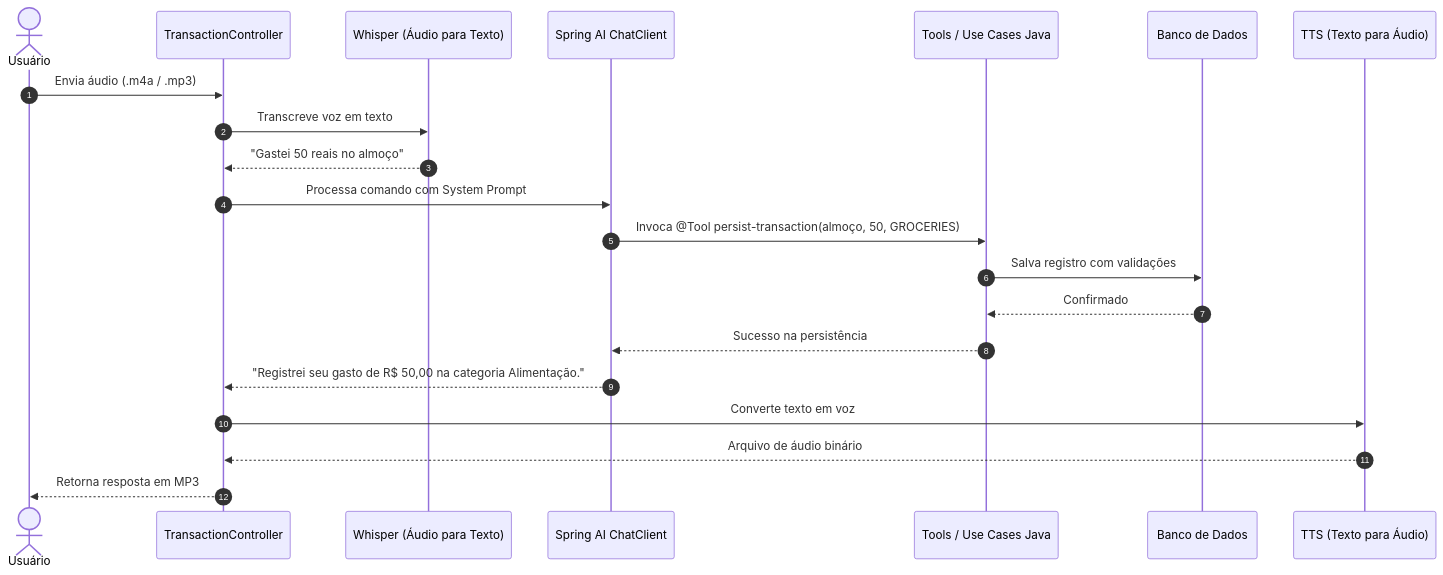
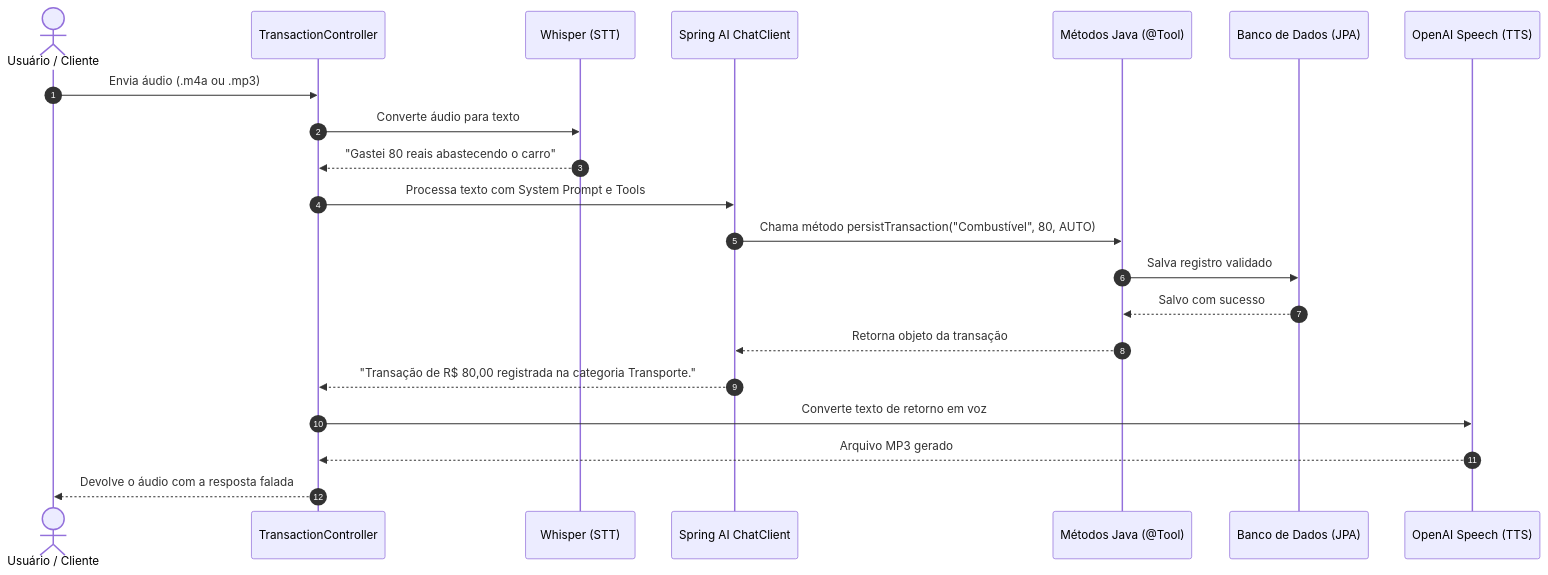
The diagram in README.md (kauancra08/projeto-spring-ai), drawn with Mermaid before and after one commit. The commit also changed other lines of this file, not shown here.

Commit message:
docs: humanize README and update project title to Projeto Spring AI

````diff
--- a/README.md
+++ b/README.md
@@ -28,24 +24,24 @@
 ```mermaid
 sequenceDiagram
     autonumber
-    actor Usuario as Usuário
+    actor Dev as Usuário / Cliente
     participant API as TransactionController
-    participant STT as Whisper (Áudio para Texto)
-    participant LLM as Spring AI ChatClient
-    participant Tool as Tools / Use Cases Java
-    participant DB as Banco de Dados
-    participant TTS as TTS (Texto para Áudio)
+    participant STT as Whisper (STT)
+    participant IA as Spring AI ChatClient
+    participant Tools as Métodos Java (@Tool)
+    participant DB as Banco de Dados (JPA)
+    participant TTS as OpenAI Speech (TTS)
 
-    Usuario->>API: Envia áudio (.m4a / .mp3)
-    API->>STT: Transcreve voz em texto
-    STT-->>API: "Gastei 50 reais no almoço"
-    API->>LLM: Processa comando com System Prompt
-    LLM->>Tool: Invoca @Tool persist-transaction(almoço, 50, GROCERIES)
-    Tool->>DB: Salva registro com validações
-    DB-->>Tool: Confirmado
-    Tool-->>LLM: Sucesso na persistência
-    LLM-->>API: "Registrei seu gasto de R$ 50,00 na categoria Alimentação."
-    API->>TTS: Converte texto em voz
-    TTS-->>API: Arquivo de áudio binário
-    API-->>Usuario: Retorna resposta em MP3
+    Dev->>API: Envia áudio (.m4a ou .mp3)
+    API->>STT: Converte áudio para texto
+    STT-->>API: "Gastei 80 reais abastecendo o carro"
+    API->>IA: Processa texto com System Prompt e Tools
+    IA->>Tools: Chama método persistTransaction("Combustível", 80, AUTO)
+    Tools->>DB: Salva registro validado
+    DB-->>Tools: Salvo com sucesso
+    Tools-->>IA: Retorna objeto da transação
+    IA-->>API: "Transação de R$ 80,00 registrada na categoria Transporte."
+    API->>TTS: Converte texto de retorno em voz
+    TTS-->>API: Arquivo MP3 gerado
+    API-->>Dev: Devolve o áudio com a resposta falada
 ```
````
